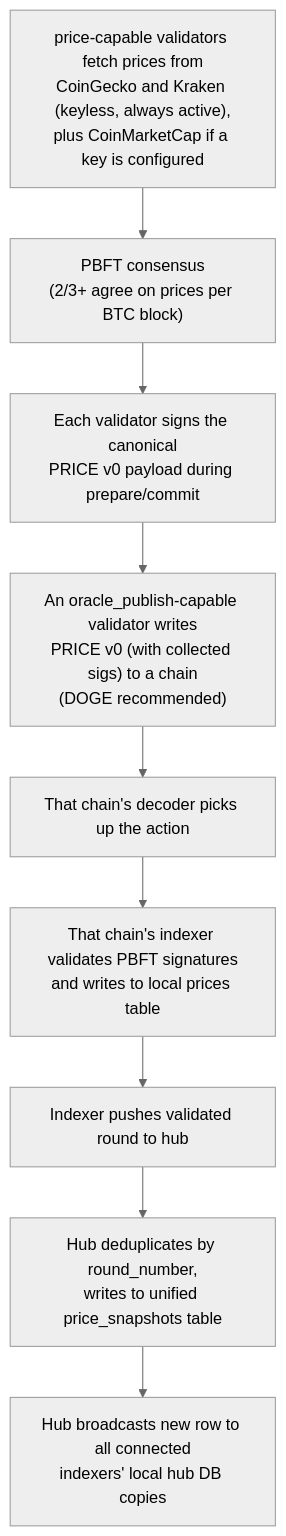
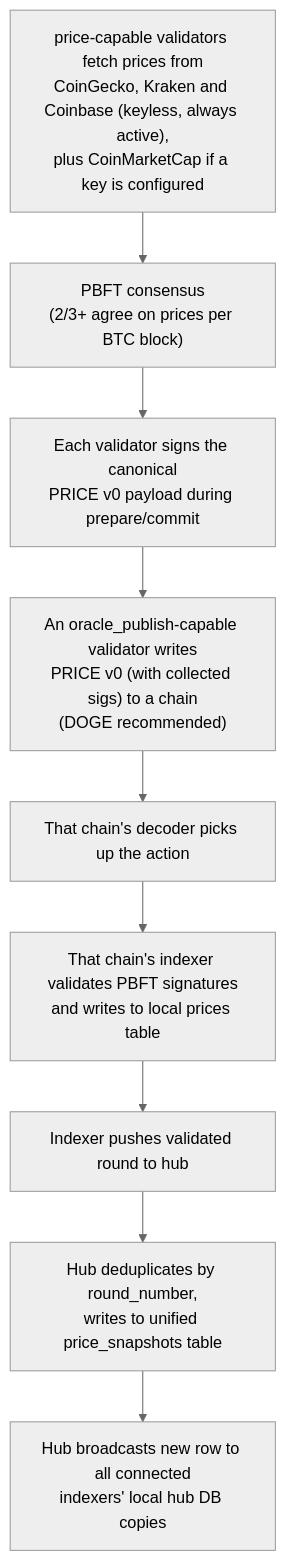
The first of 2 diagrams in protocol/actions/price.md (XChain-Platform/xchain-documentation), drawn with Mermaid (neutral theme) before and after one commit. The commit also changed other lines of this file and 55 other files, not shown here.

````diff
--- a/protocol/actions/price.md
+++ b/protocol/actions/price.md
@@ -228,14 +228,14 @@
 ```mermaid
 flowchart TD
-    FETCH["price-capable validators fetch prices from<br>CoinGecko and Kraken (keyless, always active),<br>plus CoinMarketCap if a key is configured"]
+    FETCH["price-capable validators fetch prices from<br>CoinGecko, Kraken and Coinbase (keyless, always active),<br>plus CoinMarketCap if a key is configured"]
     PBFT["PBFT consensus<br>(2/3+ agree on prices per BTC block)"]
     SIGN["Each validator signs the canonical<br>PRICE v0 payload during prepare/commit"]
     PUBLISH["An oracle_publish-capable validator writes<br>PRICE v0 (with collected sigs) to a chain<br>(DOGE recommended)"]
     DECODE["That chain's decoder picks up the action"]
     VALIDATE["That chain's indexer validates PBFT signatures<br>and writes to local prices table"]
     PUSH["Indexer pushes validated round to hub"]
     DEDUPE["Hub deduplicates by round_number,<br>writes to unified price_snapshots table"]
     BROADCAST["Hub broadcasts new row to all connected<br>indexers' local hub DB copies"]
 
     FETCH --> PBFT --> SIGN --> PUBLISH --> DECODE --> VALIDATE --> PUSH --> DEDUPE --> BROADCAST
 ```
````
